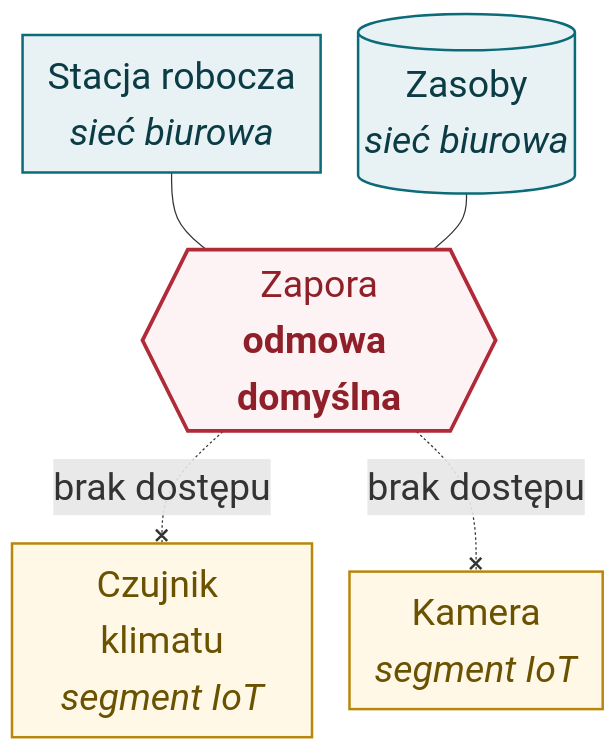
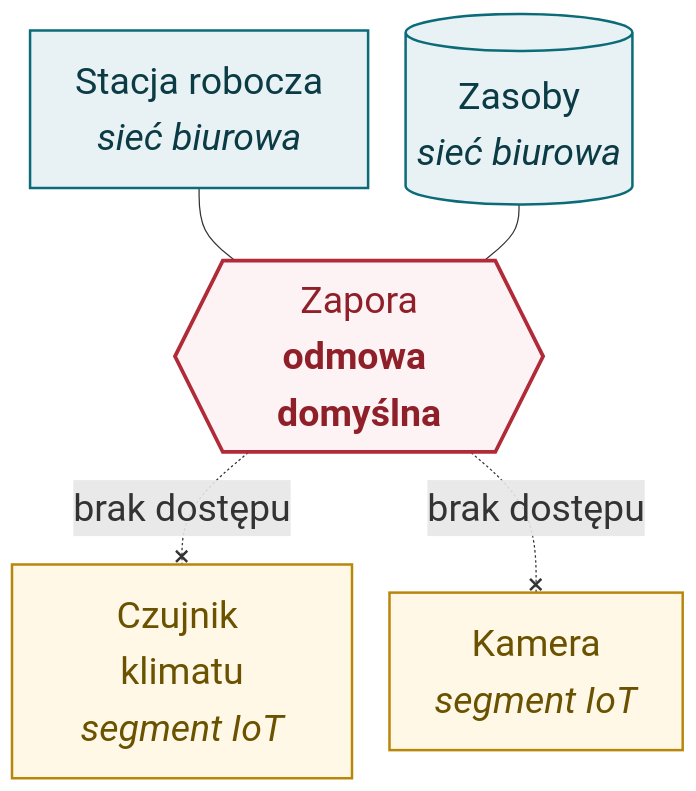
One commit to moondec/iot_lectures changed the second of 2 diagrams in slides/07-odpornosc-bezpieczenstwo-eksploatacja.qmd. Above: the diagram before and after it, drawn with Mermaid. The commit also changed 20 other files, not shown here.

````diff
--- a/slides/07-odpornosc-bezpieczenstwo-eksploatacja.qmd
+++ b/slides/07-odpornosc-bezpieczenstwo-eksploatacja.qmd
@@ -279,21 +279,21 @@
 ```{mermaid}
 %%| fig-width: 6
-%%| fig-height: 7.3
-%%{init: {"themeVariables": {"fontSize": "30px"}, "flowchart": {"nodeSpacing": 30, "rankSpacing": 45, "padding": 10, "diagramPadding": 4, "subGraphTitleMargin": {"top": 6, "bottom": 18}}}}%%
+%%| fig-height: 6.8
+%%{init: {"themeVariables": {"fontSize": "30px"}, "flowchart": {"nodeSpacing": 30, "rankSpacing": 45, "padding": 18, "diagramPadding": 4, "subGraphTitleMargin": {"top": 6, "bottom": 18}}}}%%
 flowchart TB
     PC["Stacja robocza<br><i>sieć biurowa</i>"]
     DB[("Zasoby<br><i>sieć biurowa</i>")]
     FW{{"Zapora<br><b>odmowa domyślna</b>"}}
     S1["Czujnik klimatu<br><i>segment IoT</i>"]
     S2["Kamera<br><i>segment IoT</i>"]
     PC --- FW
     DB --- FW
     FW -. "brak dostępu" .-x S1
     FW -. "brak dostępu" .-x S2
     classDef n fill:#e8f2f4,stroke:#0b6b78,stroke-width:2px,color:#0b3b45
     classDef r fill:#fdf3f4,stroke:#b02a37,stroke-width:3px,color:#8f2029
     classDef iot fill:#fff8e6,stroke:#b8860b,stroke-width:2px,color:#6b5200
     class PC,DB n
     class S1,S2 iot
     class FW r
 ```
````
